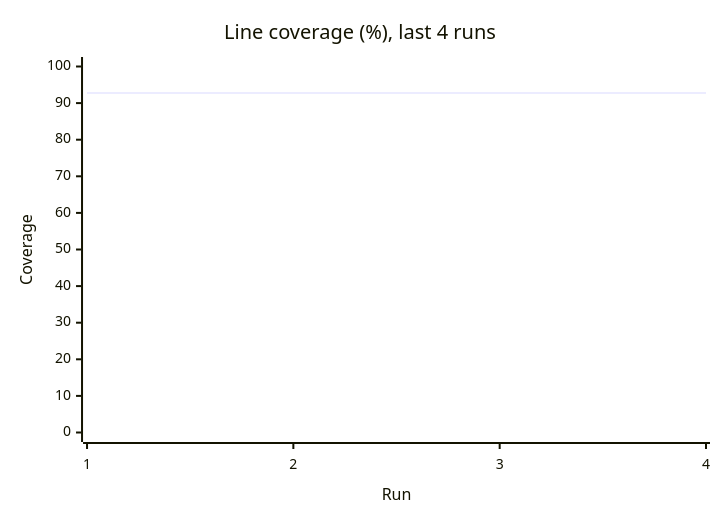
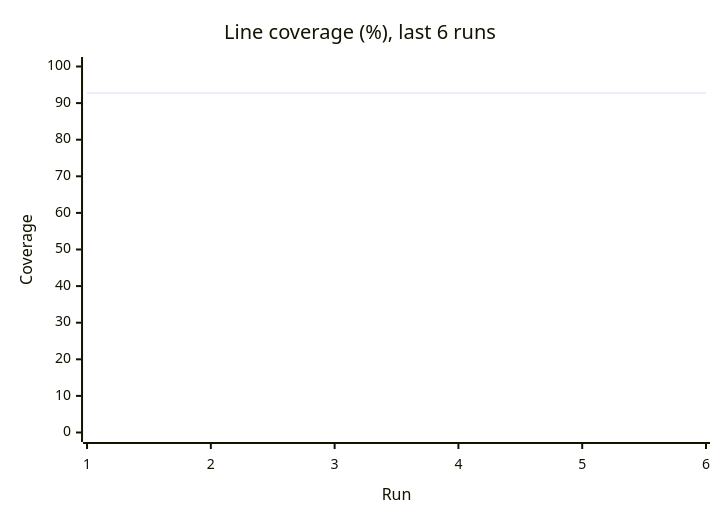
Before and after one commit to Shirojoufu/Service-Template: the third of 3 diagrams in reports/summary.md, drawn with Mermaid. The commit also changed other lines of this file and 5 other files, not shown here.

````diff
--- a/reports/summary.md
+++ b/reports/summary.md
@@ -33,7 +33,7 @@
 ```mermaid
 xychart-beta
-    title "Line coverage (%), last 4 runs"
-    x-axis "Run" [1, 2, 3, 4]
+    title "Line coverage (%), last 6 runs"
+    x-axis "Run" [1, 2, 3, 4, 5, 6]
     y-axis "Coverage" 0 --> 100
-    line [92.75, 92.75, 92.75, 92.75]
+    line [92.75, 92.75, 92.75, 92.75, 92.75, 92.75]
 ```
````
